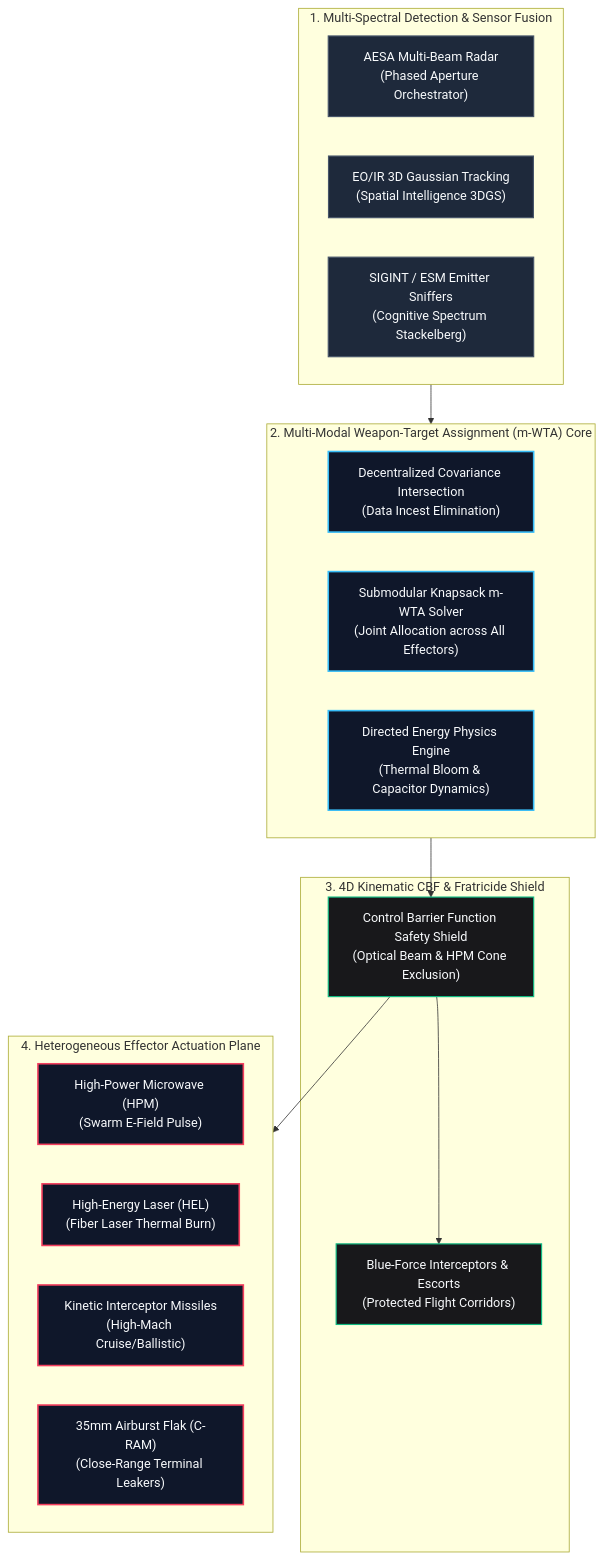
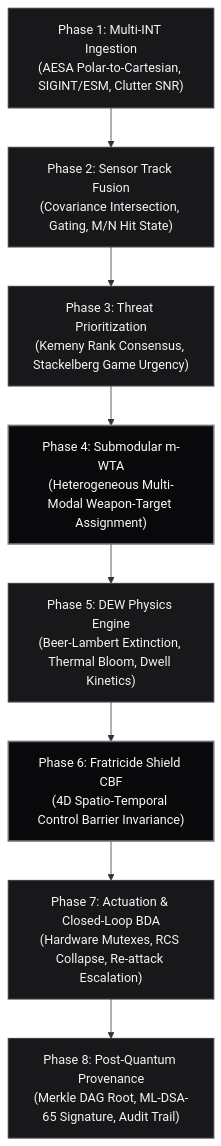
The diagram in README.md (AAH20/apex-hivemind), drawn with Mermaid before and after one commit. The commit also changed other lines of this file and 42 other files, not shown here.

Commit message:
feat(v1.1.0): expand 8-phase architecture, commercial layer specs, and comprehensive test suite

````diff
--- a/README.md
+++ b/README.md
@@ -17,36 +23,13 @@
 ```mermaid
-flowchart TB
-    classDef layerCard fill:#1E293B,stroke:#475569,stroke-width:1.5px,color:#F8FAFC
-    classDef coreEngine fill:#0F172A,stroke:#38BDF8,stroke-width:2px,color:#F8FAFC
-    classDef effectors fill:#0F172A,stroke:#F43F5E,stroke-width:2px,color:#F8FAFC
-    classDef safety fill:#18181B,stroke:#10B981,stroke-width:1.5px,color:#F8FAFC
+flowchart TD
+    classDef phaseBox fill:#18181b,stroke:#3f3f46,stroke-width:1.5px,color:#f4f4f5;
+    classDef highlightBox fill:#09090b,stroke:#71717a,stroke-width:2px,color:#fafafa;
 
-    subgraph INGESTION["1. Multi-Spectral Detection & Sensor Fusion"]
-        S_AESA["AESA Multi-Beam Radar\n(Phased Aperture Orchestrator)"]:::layerCard
-        S_OPTIC["EO/IR 3D Gaussian Tracking\n(Spatial Intelligence 3DGS)"]:::layerCard
-        S_RF["SIGINT / ESM Emitter Sniffers\n(Cognitive Spectrum Stackelberg)"]:::layerCard
-    end
-
-    subgraph DECISION_CORE["2. Multi-Modal Weapon-Target Assignment (m-WTA) Core"]
-        DECENT_CI["Decentralized Covariance Intersection\n(Data Incest Elimination)"]:::coreEngine
-        MWTA_SOLVER["Submodular Knapsack m-WTA Solver\n(Joint Allocation across All Effectors)"]:::coreEngine
-        DEW_SCHED["Directed Energy Physics Engine\n(Thermal Bloom & Capacitor Dynamics)"]:::coreEngine
-    end
-
-    subgraph DECONFLICT["3. 4D Kinematic CBF & Fratricide Shield"]
-        FRATRICIDE["Control Barrier Function Safety Shield\n(Optical Beam & HPM Cone Exclusion)"]:::safety
-        BLUE_AIR["Blue-Force Interceptors & Escorts\n(Protected Flight Corridors)"]:::safety
-    end
-
-    subgraph EFFECTORS["4. Heterogeneous Effector Actuation Plane"]
-        E_HPM["High-Power Microwave (HPM)\n(Swarm E-Field Pulse)"]:::effectors
-        E_HEL["High-Energy Laser (HEL)\n(Fiber Laser Thermal Burn)"]:::effectors
-        E_SAM["Kinetic Interceptor Missiles\n(High-Mach Cruise/Ballistic)"]:::effectors
-        E_GUN["35mm Airburst Flak (C-RAM)\n(Close-Range Terminal Leakers)"]:::effectors
-    end
-
-    INGESTION --> DECISION_CORE
-    DECISION_CORE --> FRATRICIDE
-    FRATRICIDE --> BLUE_AIR
-    FRATRICIDE --> EFFECTORS
+    P1["Phase 1: Multi-INT Ingestion<br/>(AESA Polar-to-Cartesian, SIGINT/ESM, Clutter SNR)"]:::phaseBox --> P2["Phase 2: Sensor Track Fusion<br/>(Covariance Intersection, Gating, M/N Hit State)"]:::phaseBox
+    P2 --> P3["Phase 3: Threat Prioritization<br/>(Kemeny Rank Consensus, Stackelberg Game Urgency)"]:::phaseBox
+    P3 --> P4["Phase 4: Submodular m-WTA<br/>(Heterogeneous Multi-Modal Weapon-Target Assignment)"]:::highlightBox
+    P4 --> P5["Phase 5: DEW Physics Engine<br/>(Beer-Lambert Extinction, Thermal Bloom, Dwell Kinetics)"]:::phaseBox
+    P5 --> P6["Phase 6: Fratricide Shield CBF<br/>(4D Spatio-Temporal Control Barrier Invariance)"]:::highlightBox
+    P6 --> P7["Phase 7: Actuation & Closed-Loop BDA<br/>(Hardware Mutexes, RCS Collapse, Re-attack Escalation)"]:::phaseBox
+    P7 --> P8["Phase 8: Post-Quantum Provenance<br/>(Merkle DAG Root, ML-DSA-65 Signature, Audit Trail)"]:::phaseBox
 ```
````
